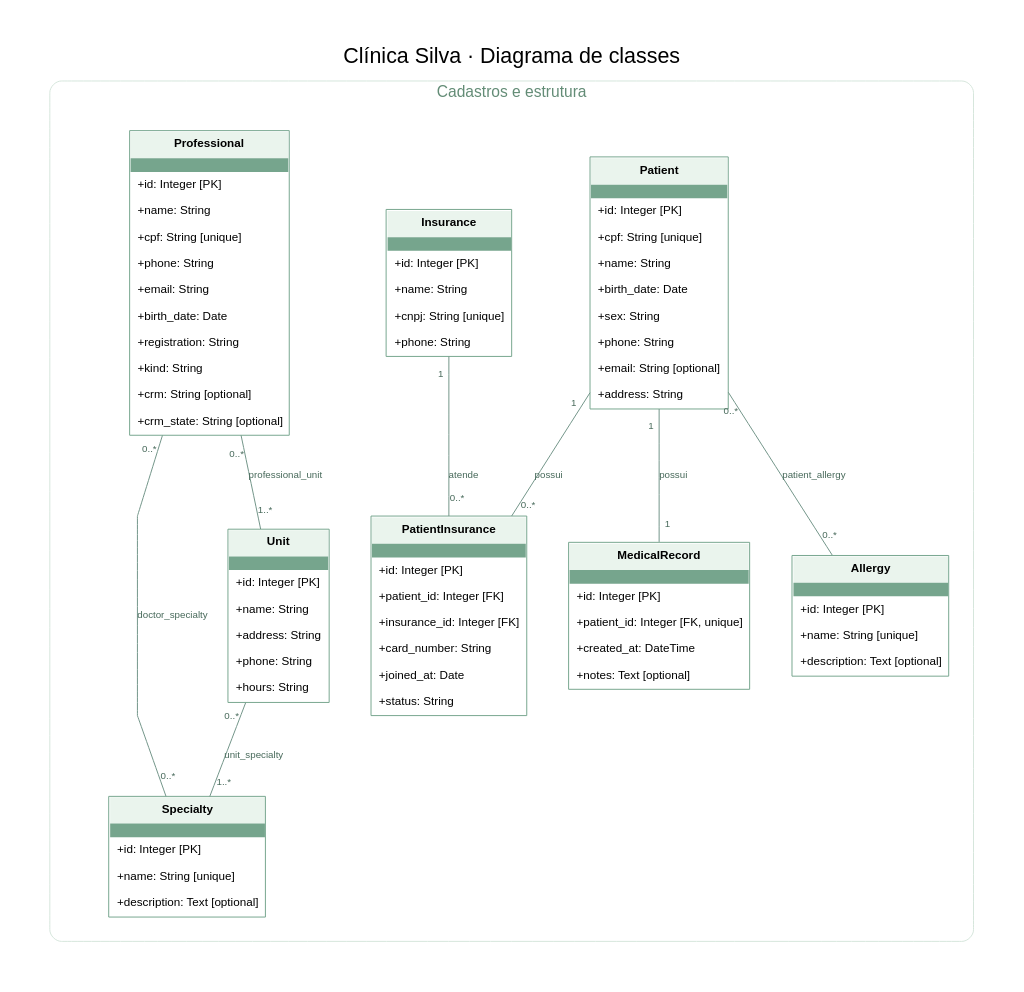
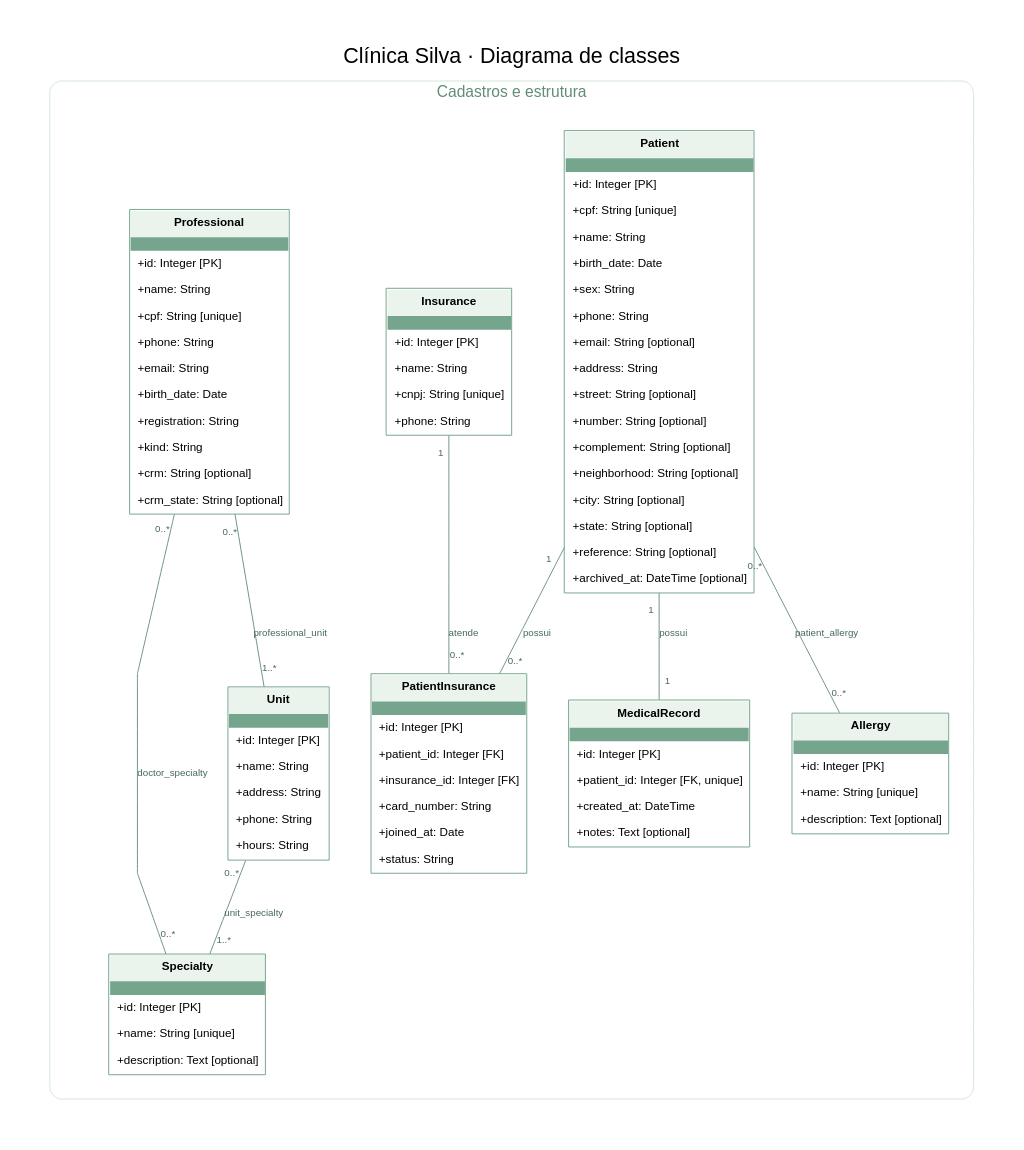
One commit to Ygxxrr/clinica-viva-aps changed the diagram in docs/classes-1.dot. Above: the diagram before and after it, drawn with Graphviz. The commit also changed 17 other files, not shown here.

First line of the commit message:
Atualiza documentação, diagramas e PDFs com validações do paciente, alergias em texto livre e exclusão/arquivamento

```diff
--- a/docs/classes-1.dot
+++ b/docs/classes-1.dot
@@ -1,22 +1,22 @@
 digraph G {
 graph [rankdir=TB, bgcolor="white", pad="0.5", nodesep="0.6", ranksep="1.0", splines=polyline, fontname="Arial", fontsize=22, label="Clínica Silva · Diagrama de classes", labelloc=t];
 node [shape=plain, fontname="Arial", fontsize=12];
 edge [fontname="Arial", fontsize=10, color="#719487", fontcolor="#47695A", arrowsize=0.7, dir=none];
 subgraph cluster_0 { label="Cadastros e estrutura"; color="#D5E6DC"; style="rounded"; fontcolor="#638C76"; fontsize=16; margin=25;
-Patient [label=<<TABLE BORDER="1" CELLBORDER="0" CELLSPACING="0" CELLPADDING="7" COLOR="#76A58D" BGCOLOR="#FFFFFF"><TR><TD BGCOLOR="#EAF4ED"><B>Patient</B></TD></TR><TR><TD HEIGHT="1" BGCOLOR="#76A58D"></TD></TR><TR><TD ALIGN="LEFT">+id: Integer [PK]</TD></TR><TR><TD ALIGN="LEFT">+cpf: String [unique]</TD></TR><TR><TD ALIGN="LEFT">+name: String</TD></TR><TR><TD ALIGN="LEFT">+birth_date: Date</TD></TR><TR><TD ALIGN="LEFT">+sex: String</TD></TR><TR><TD ALIGN="LEFT">+phone: String</TD></TR><TR><TD ALIGN="LEFT">+email: String [optional]</TD></TR><TR><TD ALIGN="LEFT">+address: String</TD></TR></TABLE>>];
+Patient [label=<<TABLE BORDER="1" CELLBORDER="0" CELLSPACING="0" CELLPADDING="7" COLOR="#76A58D" BGCOLOR="#FFFFFF"><TR><TD BGCOLOR="#EAF4ED"><B>Patient</B></TD></TR><TR><TD HEIGHT="1" BGCOLOR="#76A58D"></TD></TR><TR><TD ALIGN="LEFT">+id: Integer [PK]</TD></TR><TR><TD ALIGN="LEFT">+cpf: String [unique]</TD></TR><TR><TD ALIGN="LEFT">+name: String</TD></TR><TR><TD ALIGN="LEFT">+birth_date: Date</TD></TR><TR><TD ALIGN="LEFT">+sex: String</TD></TR><TR><TD ALIGN="LEFT">+phone: String</TD></TR><TR><TD ALIGN="LEFT">+email: String [optional]</TD></TR><TR><TD ALIGN="LEFT">+address: String</TD></TR><TR><TD ALIGN="LEFT">+street: String [optional]</TD></TR><TR><TD ALIGN="LEFT">+number: String [optional]</TD></TR><TR><TD ALIGN="LEFT">+complement: String [optional]</TD></TR><TR><TD ALIGN="LEFT">+neighborhood: String [optional]</TD></TR><TR><TD ALIGN="LEFT">+city: String [optional]</TD></TR><TR><TD ALIGN="LEFT">+state: String [optional]</TD></TR><TR><TD ALIGN="LEFT">+reference: String [optional]</TD></TR><TR><TD ALIGN="LEFT">+archived_at: DateTime [optional]</TD></TR></TABLE>>];
 MedicalRecord [label=<<TABLE BORDER="1" CELLBORDER="0" CELLSPACING="0" CELLPADDING="7" COLOR="#76A58D" BGCOLOR="#FFFFFF"><TR><TD BGCOLOR="#EAF4ED"><B>MedicalRecord</B></TD></TR><TR><TD HEIGHT="1" BGCOLOR="#76A58D"></TD></TR><TR><TD ALIGN="LEFT">+id: Integer [PK]</TD></TR><TR><TD ALIGN="LEFT">+patient_id: Integer [FK, unique]</TD></TR><TR><TD ALIGN="LEFT">+created_at: DateTime</TD></TR><TR><TD ALIGN="LEFT">+notes: Text [optional]</TD></TR></TABLE>>];
 Allergy [label=<<TABLE BORDER="1" CELLBORDER="0" CELLSPACING="0" CELLPADDING="7" COLOR="#76A58D" BGCOLOR="#FFFFFF"><TR><TD BGCOLOR="#EAF4ED"><B>Allergy</B></TD></TR><TR><TD HEIGHT="1" BGCOLOR="#76A58D"></TD></TR><TR><TD ALIGN="LEFT">+id: Integer [PK]</TD></TR><TR><TD ALIGN="LEFT">+name: String [unique]</TD></TR><TR><TD ALIGN="LEFT">+description: Text [optional]</TD></TR></TABLE>>];
 PatientInsurance [label=<<TABLE BORDER="1" CELLBORDER="0" CELLSPACING="0" CELLPADDING="7" COLOR="#76A58D" BGCOLOR="#FFFFFF"><TR><TD BGCOLOR="#EAF4ED"><B>PatientInsurance</B></TD></TR><TR><TD HEIGHT="1" BGCOLOR="#76A58D"></TD></TR><TR><TD ALIGN="LEFT">+id: Integer [PK]</TD></TR><TR><TD ALIGN="LEFT">+patient_id: Integer [FK]</TD></TR><TR><TD ALIGN="LEFT">+insurance_id: Integer [FK]</TD></TR><TR><TD ALIGN="LEFT">+card_number: String</TD></TR><TR><TD ALIGN="LEFT">+joined_at: Date</TD></TR><TR><TD ALIGN="LEFT">+status: String</TD></TR></TABLE>>];
 Insurance [label=<<TABLE BORDER="1" CELLBORDER="0" CELLSPACING="0" CELLPADDING="7" COLOR="#76A58D" BGCOLOR="#FFFFFF"><TR><TD BGCOLOR="#EAF4ED"><B>Insurance</B></TD></TR><TR><TD HEIGHT="1" BGCOLOR="#76A58D"></TD></TR><TR><TD ALIGN="LEFT">+id: Integer [PK]</TD></TR><TR><TD ALIGN="LEFT">+name: String</TD></TR><TR><TD ALIGN="LEFT">+cnpj: String [unique]</TD></TR><TR><TD ALIGN="LEFT">+phone: String</TD></TR></TABLE>>];
 Professional [label=<<TABLE BORDER="1" CELLBORDER="0" CELLSPACING="0" CELLPADDING="7" COLOR="#76A58D" BGCOLOR="#FFFFFF"><TR><TD BGCOLOR="#EAF4ED"><B>Professional</B></TD></TR><TR><TD HEIGHT="1" BGCOLOR="#76A58D"></TD></TR><TR><TD ALIGN="LEFT">+id: Integer [PK]</TD></TR><TR><TD ALIGN="LEFT">+name: String</TD></TR><TR><TD ALIGN="LEFT">+cpf: String [unique]</TD></TR><TR><TD ALIGN="LEFT">+phone: String</TD></TR><TR><TD ALIGN="LEFT">+email: String</TD></TR><TR><TD ALIGN="LEFT">+birth_date: Date</TD></TR><TR><TD ALIGN="LEFT">+registration: String</TD></TR><TR><TD ALIGN="LEFT">+kind: String</TD></TR><TR><TD ALIGN="LEFT">+crm: String [optional]</TD></TR><TR><TD ALIGN="LEFT">+crm_state: String [optional]</TD></TR></TABLE>>];
 Specialty [label=<<TABLE BORDER="1" CELLBORDER="0" CELLSPACING="0" CELLPADDING="7" COLOR="#76A58D" BGCOLOR="#FFFFFF"><TR><TD BGCOLOR="#EAF4ED"><B>Specialty</B></TD></TR><TR><TD HEIGHT="1" BGCOLOR="#76A58D"></TD></TR><TR><TD ALIGN="LEFT">+id: Integer [PK]</TD></TR><TR><TD ALIGN="LEFT">+name: String [unique]</TD></TR><TR><TD ALIGN="LEFT">+description: Text [optional]</TD></TR></TABLE>>];
 Unit [label=<<TABLE BORDER="1" CELLBORDER="0" CELLSPACING="0" CELLPADDING="7" COLOR="#76A58D" BGCOLOR="#FFFFFF"><TR><TD BGCOLOR="#EAF4ED"><B>Unit</B></TD></TR><TR><TD HEIGHT="1" BGCOLOR="#76A58D"></TD></TR><TR><TD ALIGN="LEFT">+id: Integer [PK]</TD></TR><TR><TD ALIGN="LEFT">+name: String</TD></TR><TR><TD ALIGN="LEFT">+address: String</TD></TR><TR><TD ALIGN="LEFT">+phone: String</TD></TR><TR><TD ALIGN="LEFT">+hours: String</TD></TR></TABLE>>];
 }
 Patient -> MedicalRecord [ taillabel="1", headlabel="1", label="possui", labeldistance=2.0];
 Patient -> PatientInsurance [ taillabel="1", headlabel="0..*", label="possui", labeldistance=2.0];
 Insurance -> PatientInsurance [ taillabel="1", headlabel="0..*", label="atende", labeldistance=2.0];
 Patient -> Allergy [ taillabel="0..*", headlabel="0..*", label="patient_allergy", labeldistance=2.0];
 Professional -> Specialty [ taillabel="0..*", headlabel="0..*", label="doctor_specialty", labeldistance=2.0];
 Professional -> Unit [ taillabel="0..*", headlabel="1..*", label="professional_unit", labeldistance=2.0];
 Unit -> Specialty [ taillabel="0..*", headlabel="1..*", label="unit_specialty", labeldistance=2.0];
 }
```
